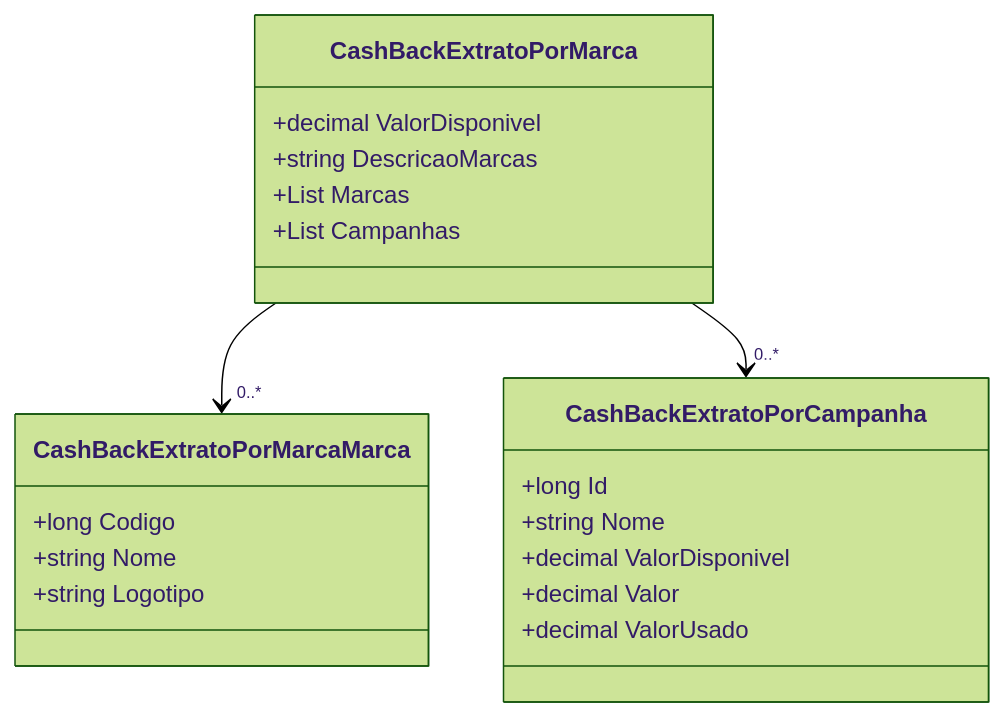
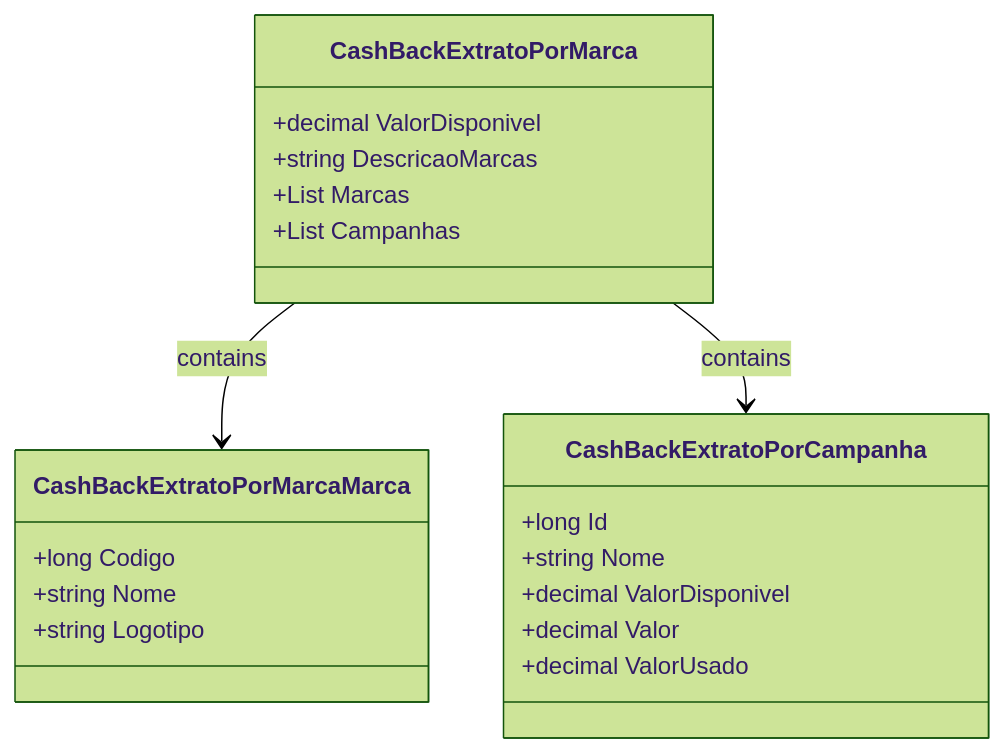
One commit to IsthmusSistemas/documentacao-tecnica changed the second of 2 diagrams in docs/b2b-dominio/IsthmusWinthor.Nucleo/IsthmusWinthor.Dominio/POCO/CashBackExtratoPorMarca.md. Above: the diagram before and after it, drawn with Mermaid (forest theme). The commit also changed other lines of this file and 882 other files, not shown here.

````diff
--- a/docs/b2b-dominio/IsthmusWinthor.Nucleo/IsthmusWinthor.Dominio/POCO/CashBackExtratoPorMarca.md
+++ b/docs/b2b-dominio/IsthmusWinthor.Nucleo/IsthmusWinthor.Dominio/POCO/CashBackExtratoPorMarca.md
@@ -44,23 +50,24 @@
 ```mermaid
 classDiagram
     class CashBackExtratoPorMarca {
         +decimal ValorDisponivel
         +string DescricaoMarcas
         +List<CashBackExtratoPorMarcaMarca> Marcas
         +List<CashBackExtratoPorCampanha> Campanhas
     }
     class CashBackExtratoPorMarcaMarca {
         +long Codigo
         +string Nome
         +string Logotipo
     }
     class CashBackExtratoPorCampanha {
         +long Id
         +string Nome
         +decimal ValorDisponivel
         +decimal Valor
         +decimal ValorUsado
     }
-    CashBackExtratoPorMarca --> "0..*" CashBackExtratoPorMarcaMarca
-    CashBackExtratoPorMarca --> "0..*" CashBackExtratoPorCampanha
+    
+    CashBackExtratoPorMarca --> CashBackExtratoPorMarcaMarca : contains
+    CashBackExtratoPorMarca --> CashBackExtratoPorCampanha : contains
 ```
````
